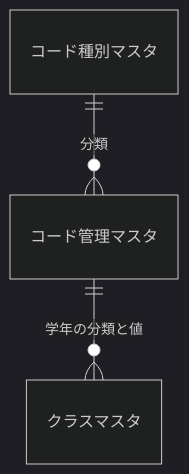
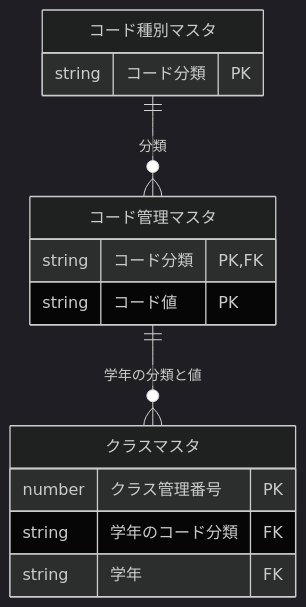
The third of 11 diagrams in test-project1/spec/CSharp_ASPNET/基本設計書/01_学生検索画面.md (tujinrong/contextbase-evaluation), drawn with Mermaid (dark theme) before and after one commit. The commit also changed other lines of this file and 157 other files, not shown here.

````diff
--- a/test-project1/spec/CSharp_ASPNET/基本設計書/01_学生検索画面.md
+++ b/test-project1/spec/CSharp_ASPNET/基本設計書/01_学生検索画面.md
@@ -317,5 +325,17 @@
 ```mermaid
 erDiagram
+    クラスマスタ {
+        number クラス管理番号 PK
+        string 学年のコード分類 FK
+        string 学年 FK
+    }
+    コード種別マスタ {
+        string コード分類 PK
+    }
+    コード管理マスタ {
+        string コード分類 PK,FK
+        string コード値 PK
+    }
     コード種別マスタ ||--o{ コード管理マスタ : "分類"
     コード管理マスタ ||--o{ クラスマスタ : "学年の分類と値"
 ```
````
